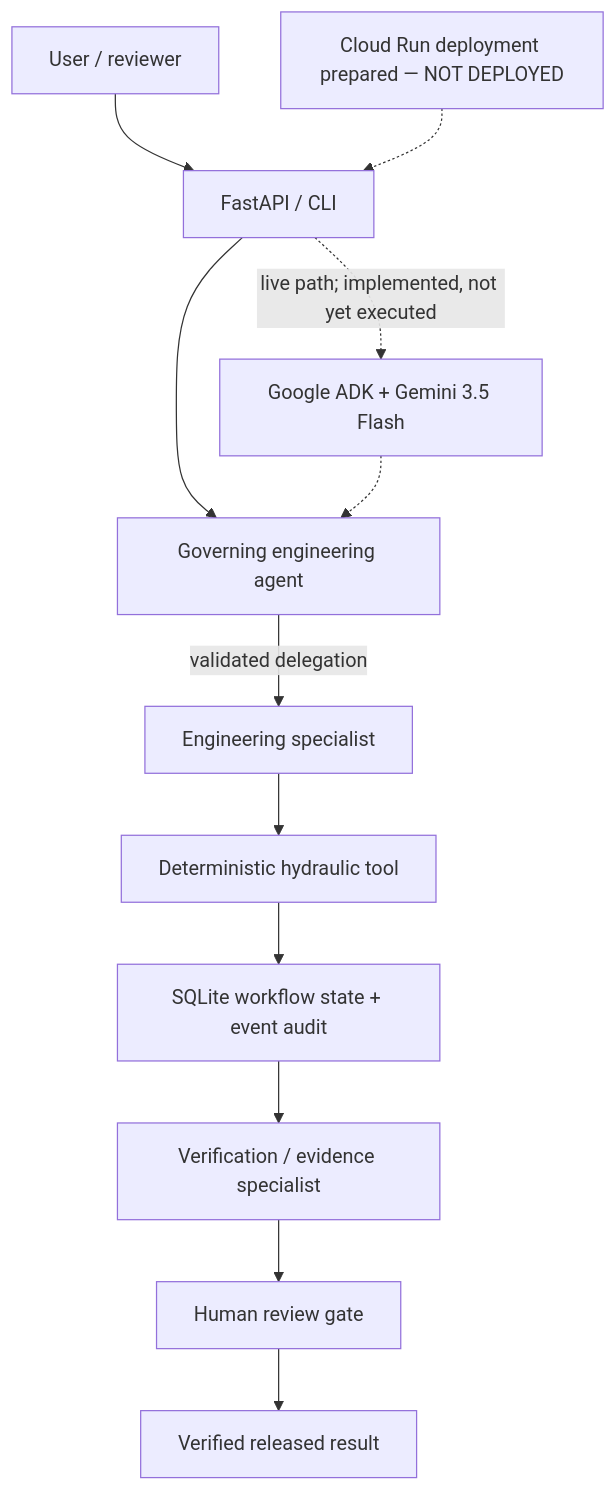
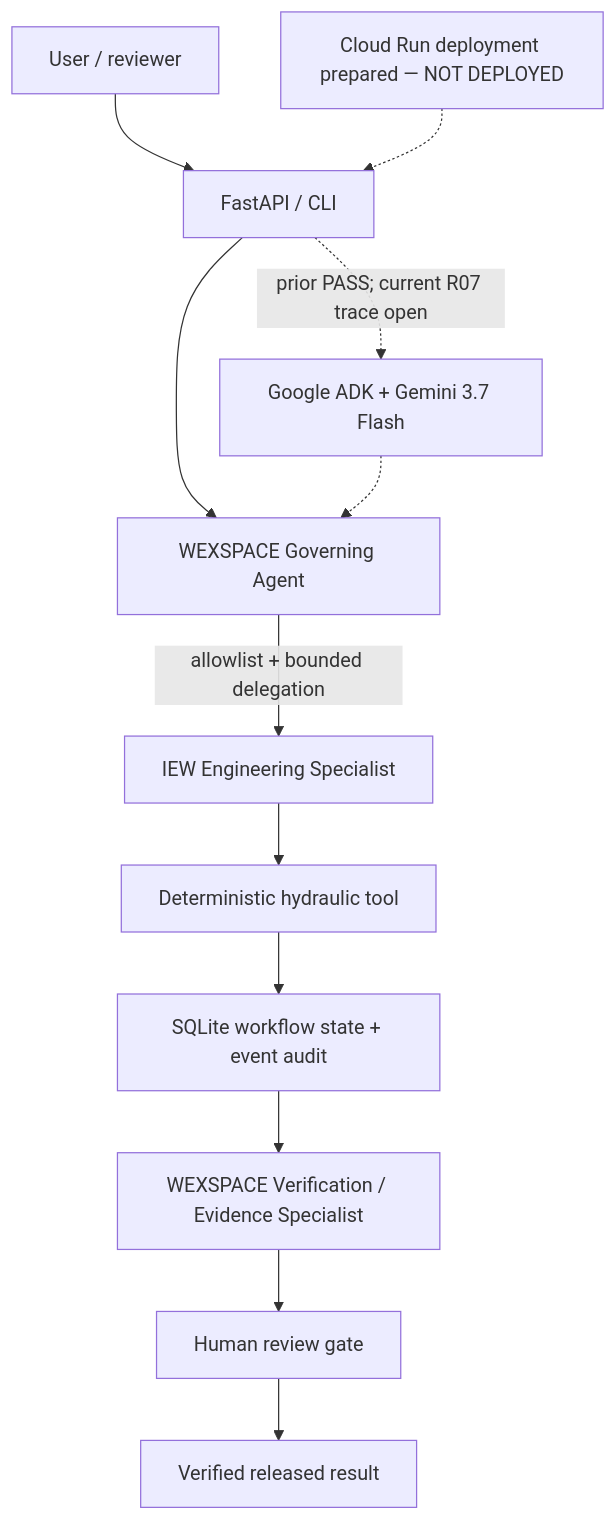
The diagram in architecture/architecture.mmd (moatazfarea/wexspace-iew-agentic-fleet), drawn with Mermaid before and after one commit. The commit also changed 23 other files, not shown here.

```diff
--- a/architecture/architecture.mmd
+++ b/architecture/architecture.mmd
@@ -1,12 +1,12 @@
 flowchart TD
     U["User / reviewer"] --> API["FastAPI / CLI"]
-    API --> G["Governing engineering agent"]
-    G -->|"validated delegation"| E["Engineering specialist"]
+    API --> G["WEXSPACE Governing Agent"]
+    G -->|"allowlist + bounded delegation"| E["IEW Engineering Specialist"]
     E --> T["Deterministic hydraulic tool"]
     T --> S["SQLite workflow state + event audit"]
-    S --> V["Verification / evidence specialist"]
+    S --> V["WEXSPACE Verification / Evidence Specialist"]
     V --> H["Human review gate"]
     H --> R["Verified released result"]
-    API -.->|"live path; implemented, not yet executed"| ADK["Google ADK + Gemini 3.5 Flash"]
+    API -.->|"prior PASS; current R07 trace open"| ADK["Google ADK + Gemini 3.7 Flash"]
     ADK -.-> G
     CR["Cloud Run deployment prepared — NOT DEPLOYED"] -.-> API
```
